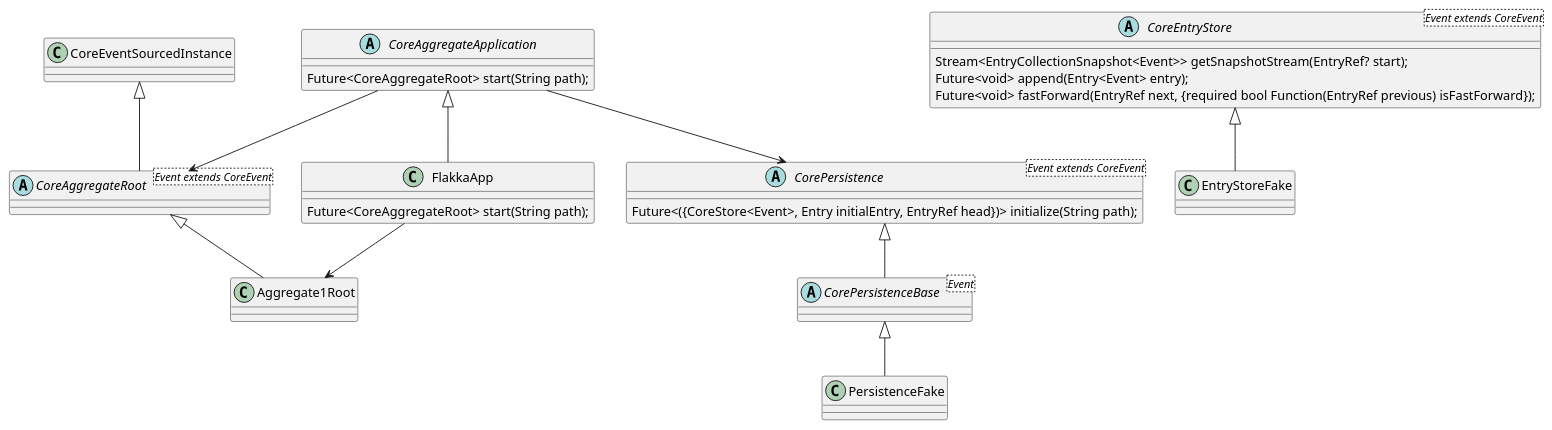
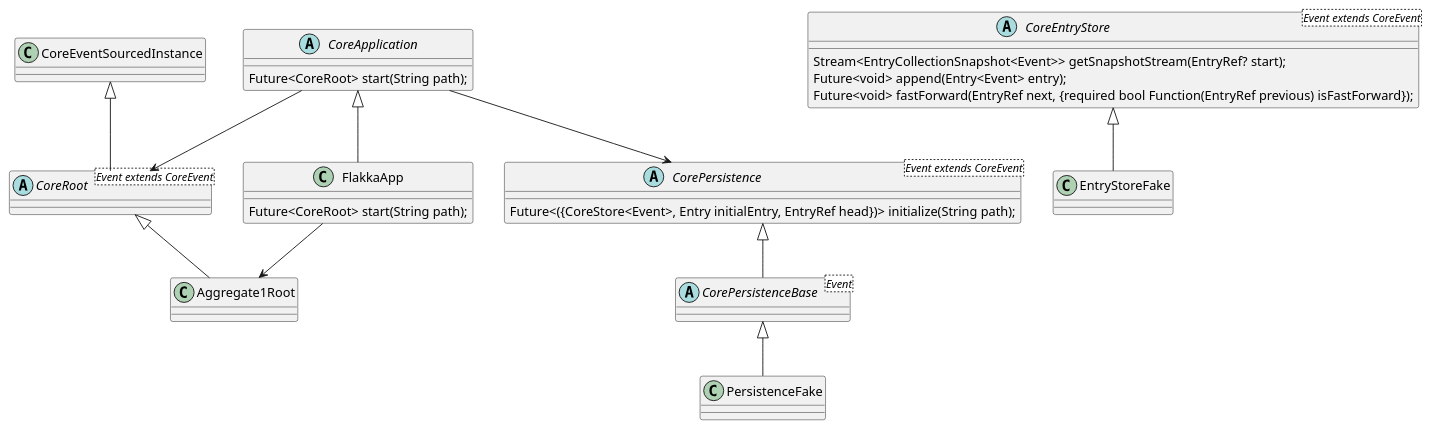
The second of 2 diagrams in packages/flakka/flakka/interface.puml (bestow-code/flakka), drawn with PlantUML before and after one commit. The commit also changed other lines of this file and 322 other files, not shown here.

```diff
--- a/packages/flakka/flakka/interface.puml
+++ b/packages/flakka/flakka/interface.puml
@@ -1,45 +19,45 @@
 @startuml
 
 ' configuration for entry store
 ' EntryStoreFactory<Aggregate1Event>
 ' EntryFactory<Aggregate1Event>
 abstract class CorePersistence<Event extends CoreEvent> {
   Future<({CoreStore<Event>, Entry initialEntry, EntryRef head})> initialize(String path);
 }
 abstract class CorePersistenceBase<Event> extends CorePersistence {}
 class PersistenceFake extends CorePersistenceBase {}
 ' loading / starting aggregate instance
 ' Aggregate1Factory
-abstract class CoreAggregateApplication {
-  Future<CoreAggregateRoot> start(String path);
+abstract class CoreApplication {
+  Future<CoreRoot> start(String path);
 }
 
-class FlakkaApp extends CoreAggregateApplication {
-  Future<CoreAggregateRoot> start(String path);
+class FlakkaApp extends CoreApplication {
+  Future<CoreRoot> start(String path);
 
 }
 
 FlakkaApp --> Aggregate1Root
-CoreAggregateApplication --> CorePersistence
+CoreApplication --> CorePersistence
 
 ' providing / following local and remote state (updates),
 ' execute commands and append events to the journal
 ' Instance of Aggregate1RootImpl
-abstract class CoreAggregateRoot<Event extends CoreEvent> extends CoreEventSourcedInstance {}
+abstract class CoreRoot<Event extends CoreEvent> extends CoreEventSourcedInstance {}
 
-class Aggregate1Root extends CoreAggregateRoot {}
+class Aggregate1Root extends CoreRoot {}
 
-CoreAggregateApplication -> CoreAggregateRoot
+CoreApplication -> CoreRoot
 
 
 
 
 abstract class CoreEntryStore<Event extends CoreEvent>  {
   Stream<EntryCollectionSnapshot<Event>> getSnapshotStream(EntryRef? start);
   Future<void> append(Entry<Event> entry);
   Future<void> fastForward(EntryRef next, {required bool Function(EntryRef previous) isFastForward});
 }
 
 class EntryStoreFake extends CoreEntryStore{}
 
 @enduml
```
